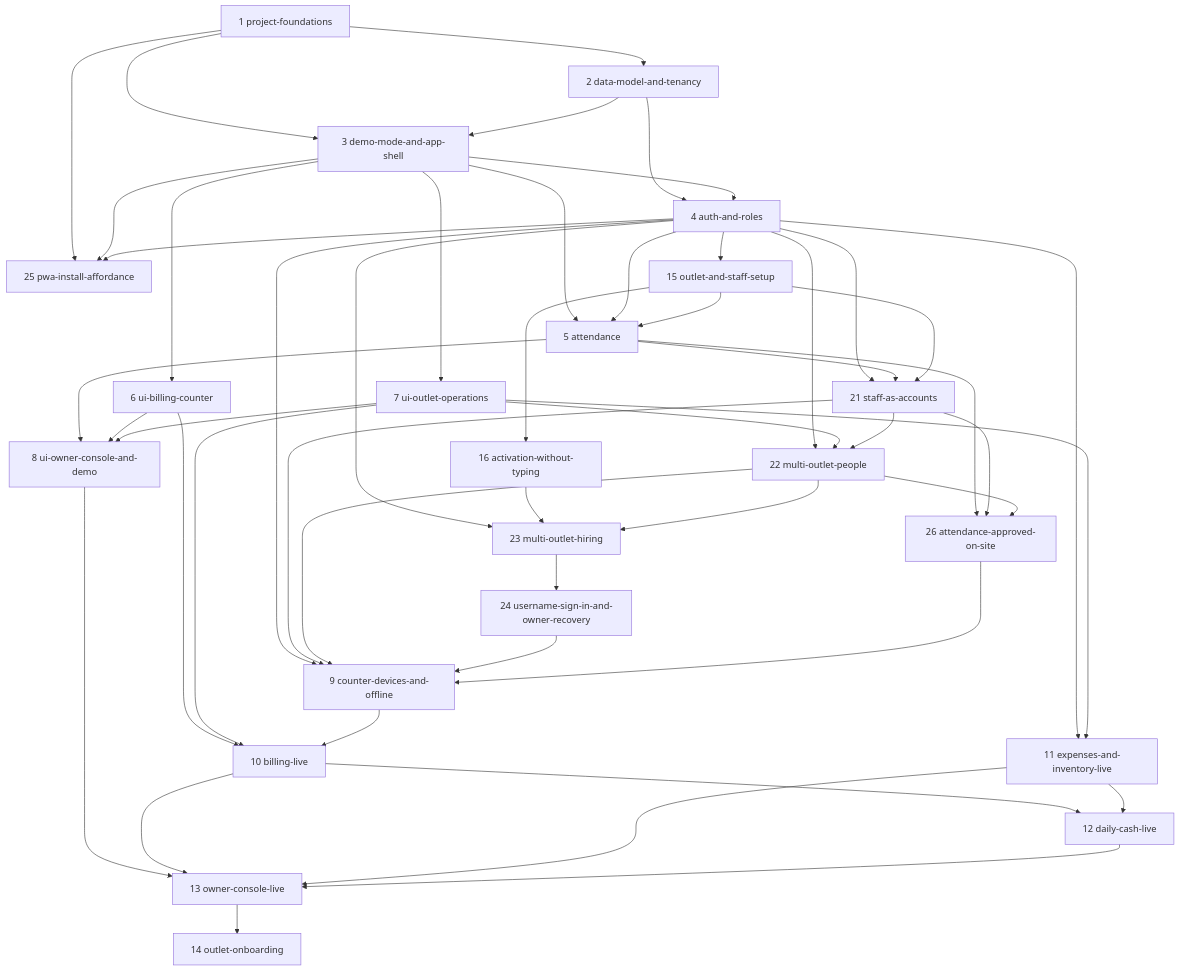
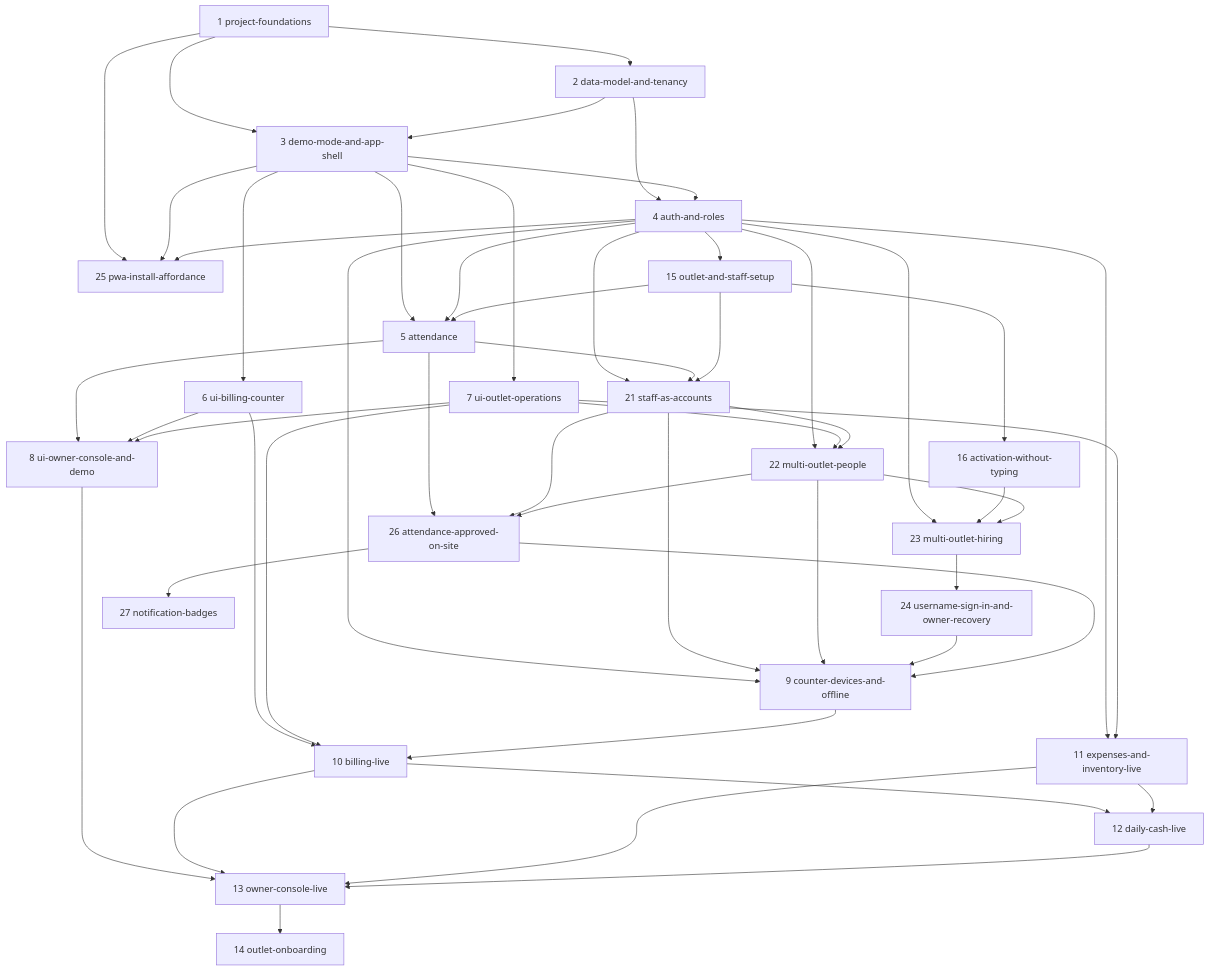
One commit to abdatta/shawarmania-ops changed the diagram in openspec/changes/ROADMAP.md. Above: the diagram before and after it, drawn with Mermaid. The commit also changed other lines of this file and 7 other files, not shown here.

````diff
--- a/openspec/changes/ROADMAP.md
+++ b/openspec/changes/ROADMAP.md
@@ -95,51 +96,52 @@
 ```mermaid
 graph TD
     C1[1 project-foundations] --> C2[2 data-model-and-tenancy]
     C1 --> C3[3 demo-mode-and-app-shell]
     C2 --> C3
     C2 --> C4[4 auth-and-roles]
     C3 --> C4
     C1 --> C25[25 pwa-install-affordance]
     C3 --> C25
     C4 --> C25
     C3 --> C5[5 attendance]
     C4 --> C5
     C4 --> C15[15 outlet-and-staff-setup]
     C15 --> C5
     C15 --> C16[16 activation-without-typing]
     C3 --> C6[6 ui-billing-counter]
     C3 --> C7[7 ui-outlet-operations]
     C5 --> C8[8 ui-owner-console-and-demo]
     C6 --> C8
     C7 --> C8
     C4 --> C21[21 staff-as-accounts]
     C5 --> C21
     C15 --> C21
     C4 --> C22[22 multi-outlet-people]
     C7 --> C22
     C21 --> C22
     C4 --> C23[23 multi-outlet-hiring]
     C16 --> C23
     C22 --> C23
     C23 --> C24[24 username-sign-in-and-owner-recovery]
     C5 --> C26[26 attendance-approved-on-site]
     C21 --> C26
     C22 --> C26
+    C26 --> C27[27 notification-badges]
     C4 --> C9[9 counter-devices-and-offline]
     C21 --> C9
     C22 --> C9
     C24 --> C9
     C26 --> C9
     C6 --> C10[10 billing-live]
     C7 --> C10
     C9 --> C10
     C4 --> C11[11 expenses-and-inventory-live]
     C7 --> C11
     C10 --> C12[12 daily-cash-live]
     C11 --> C12
     C8 --> C13[13 owner-console-live]
     C10 --> C13
     C11 --> C13
     C12 --> C13
     C13 --> C14[14 outlet-onboarding]
 ```
````
